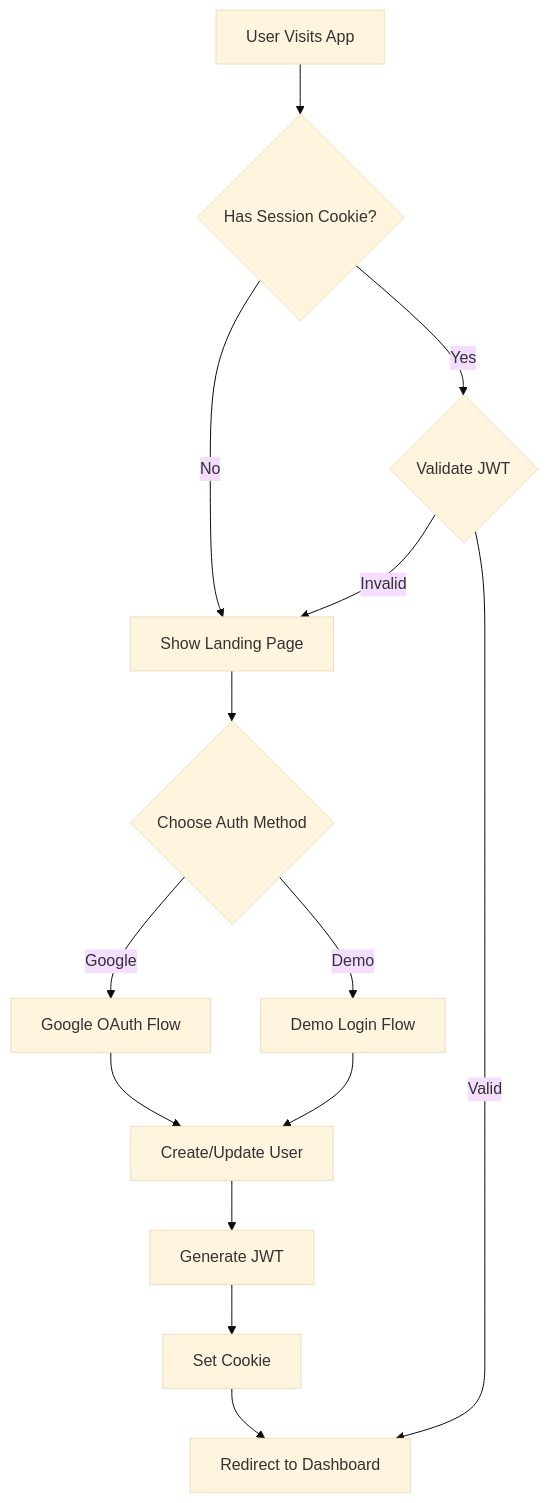
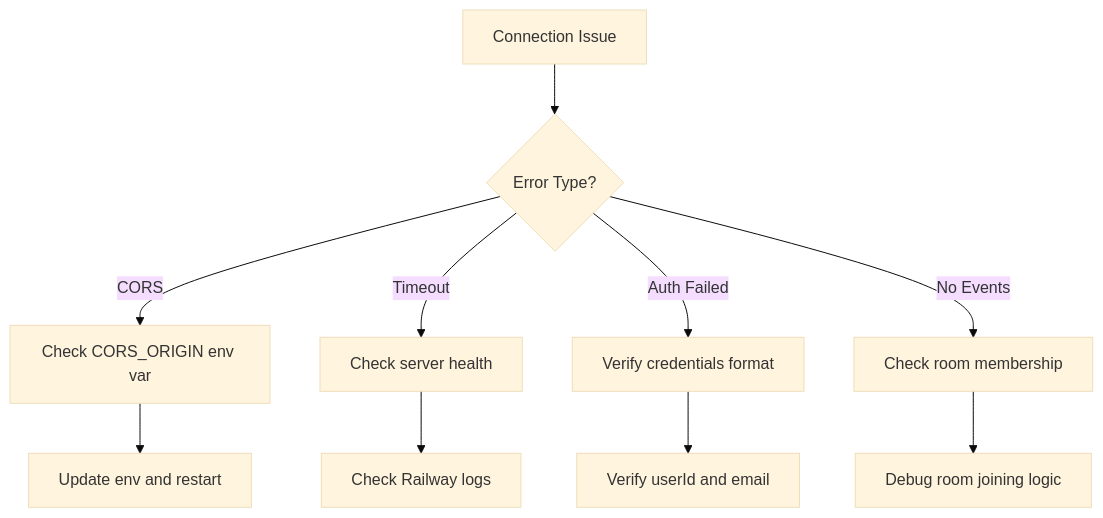
Before and after one commit to anshsharmacse/taskflow-socket: the tenth of 10 diagrams in README.md, drawn with Mermaid (base theme). The commit also changed other lines of this file, not shown here.

````diff
--- a/README.md
+++ b/README.md
@@ -604,16 +508,13 @@
 ```mermaid
 flowchart TD
-    A[User Visits App] --> B{Has Session Cookie?}
-    B -->|No| C[Show Landing Page]
-    C --> D{Choose Auth Method}
-    D -->|Google| E[Google OAuth Flow]
-    D -->|Demo| F[Demo Login Flow]
-    E --> G[Create/Update User]
-    F --> G
-    G --> H[Generate JWT]
-    H --> I[Set Cookie]
-    I --> J[Redirect to Dashboard]
-    B -->|Yes| K{Validate JWT}
-    K -->|Valid| J
-    K -->|Invalid| C
+    A[Connection Issue] --> B{Error Type?}
+    B -->|CORS| C[Check CORS_ORIGIN env var]
+    B -->|Timeout| D[Check server health]
+    B -->|Auth Failed| E[Verify credentials format]
+    B -->|No Events| F[Check room membership]
+    
+    C --> G[Update env and restart]
+    D --> H[Check Railway logs]
+    E --> I[Verify userId and email]
+    F --> J[Debug room joining logic]
 ```
````
